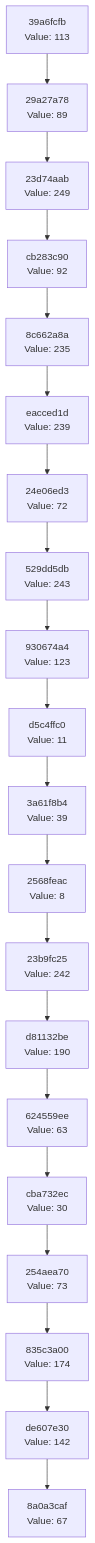
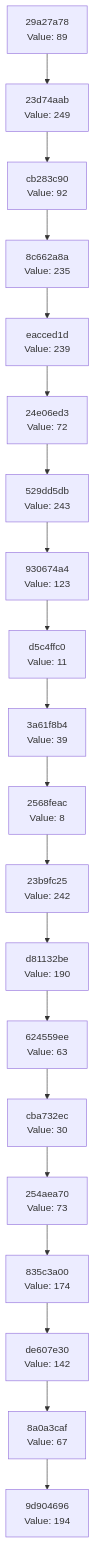
Before and after one commit to Abhisheksinha1506/hash-chain-evolver: the diagram in docs/CHAIN_VISUALIZATION.md, drawn with Mermaid. The commit also changed 3 other files, not shown here.

````diff
--- a/docs/CHAIN_VISUALIZATION.md
+++ b/docs/CHAIN_VISUALIZATION.md
@@ -3,42 +3,42 @@
 ```mermaid
 graph TD
-    C0["8a0a3caf<br/>Value: 67"]
-    C1["de607e30<br/>Value: 142"]
+    C0["9d904696<br/>Value: 194"]
+    C1["8a0a3caf<br/>Value: 67"]
     C1 --> C0
-    C2["835c3a00<br/>Value: 174"]
+    C2["de607e30<br/>Value: 142"]
     C2 --> C1
-    C3["254aea70<br/>Value: 73"]
+    C3["835c3a00<br/>Value: 174"]
     C3 --> C2
-    C4["cba732ec<br/>Value: 30"]
+    C4["254aea70<br/>Value: 73"]
     C4 --> C3
-    C5["624559ee<br/>Value: 63"]
+    C5["cba732ec<br/>Value: 30"]
     C5 --> C4
-    C6["d81132be<br/>Value: 190"]
+    C6["624559ee<br/>Value: 63"]
     C6 --> C5
-    C7["23b9fc25<br/>Value: 242"]
+    C7["d81132be<br/>Value: 190"]
     C7 --> C6
-    C8["2568feac<br/>Value: 8"]
+    C8["23b9fc25<br/>Value: 242"]
     C8 --> C7
-    C9["3a61f8b4<br/>Value: 39"]
+    C9["2568feac<br/>Value: 8"]
     C9 --> C8
-    C10["d5c4ffc0<br/>Value: 11"]
+    C10["3a61f8b4<br/>Value: 39"]
     C10 --> C9
-    C11["930674a4<br/>Value: 123"]
+    C11["d5c4ffc0<br/>Value: 11"]
     C11 --> C10
-    C12["529dd5db<br/>Value: 243"]
+    C12["930674a4<br/>Value: 123"]
     C12 --> C11
-    C13["24e06ed3<br/>Value: 72"]
+    C13["529dd5db<br/>Value: 243"]
     C13 --> C12
-    C14["eacced1d<br/>Value: 239"]
+    C14["24e06ed3<br/>Value: 72"]
     C14 --> C13
-    C15["8c662a8a<br/>Value: 235"]
+    C15["eacced1d<br/>Value: 239"]
     C15 --> C14
-    C16["cb283c90<br/>Value: 92"]
+    C16["8c662a8a<br/>Value: 235"]
     C16 --> C15
-    C17["23d74aab<br/>Value: 249"]
+    C17["cb283c90<br/>Value: 92"]
     C17 --> C16
-    C18["29a27a78<br/>Value: 89"]
+    C18["23d74aab<br/>Value: 249"]
     C18 --> C17
-    C19["39a6fcfb<br/>Value: 113"]
+    C19["29a27a78<br/>Value: 89"]
     C19 --> C18
 ```
````
